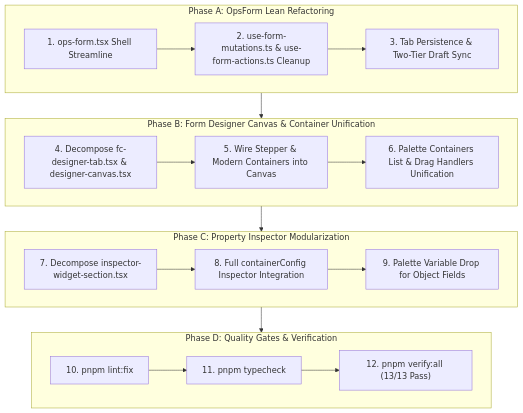
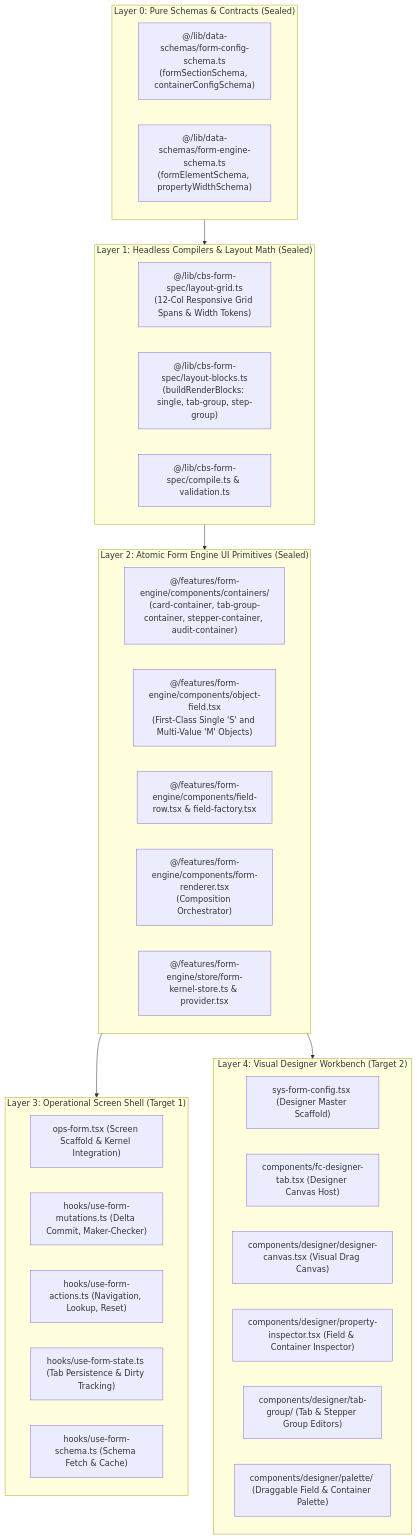
One commit to HadiuzzamanBappy/janata-cbs changed the first of 2 diagrams in docs/devs/FORM_CONFIG_AND_OPS_FORM_REFACTOR_PLAN.md. Above: the diagram before and after it, drawn with Mermaid. The commit also changed other lines of this file and 26 other files, not shown here.

Commit message:
chore(fc):refractored the form config an dops form to use unified cebtral library and engine

````diff
--- a/docs/devs/FORM_CONFIG_AND_OPS_FORM_REFACTOR_PLAN.md
+++ b/docs/devs/FORM_CONFIG_AND_OPS_FORM_REFACTOR_PLAN.md
@@ -61,26 +13,43 @@
 ```mermaid
 flowchart TD
-    subgraph PhaseA["Phase A: OpsForm Lean Refactoring"]
-        A1["1. ops-form.tsx Shell Streamline"] --> A2["2. use-form-mutations.ts & use-form-actions.ts Cleanup"]
-        A2 --> A3["3. Tab Persistence & Two-Tier Draft Sync"]
+    subgraph Layer0["Layer 0: Pure Schemas & Contracts (Sealed)"]
+        S1["@/lib/data-schemas/form-config-schema.ts\n(formSectionSchema, containerConfigSchema)"]
+        S2["@/lib/data-schemas/form-engine-schema.ts\n(formElementSchema, propertyWidthSchema)"]
     end
 
-    subgraph PhaseB["Phase B: Form Designer Canvas & Container Unification"]
-        B1["4. Decompose fc-designer-tab.tsx & designer-canvas.tsx"] --> B2["5. Wire Stepper & Modern Containers into Canvas"]
-        B2 --> B3["6. Palette Containers List & Drag Handlers Unification"]
+    subgraph Layer1["Layer 1: Headless Compilers & Layout Math (Sealed)"]
+        C1["@/lib/cbs-form-spec/layout-grid.ts\n(12-Col Responsive Grid Spans & Width Tokens)"]
+        C2["@/lib/cbs-form-spec/layout-blocks.ts\n(buildRenderBlocks: single, tab-group, step-group)"]
+        C3["@/lib/cbs-form-spec/compile.ts & validation.ts"]
     end
 
-    subgraph PhaseC["Phase C: Property Inspector Modularization"]
-        C1["7. Decompose inspector-widget-section.tsx"] --> C2["8. Full containerConfig Inspector Integration"]
-        C2 --> C3["9. Palette Variable Drop for Object Fields"]
+    subgraph Layer2["Layer 2: Atomic Form Engine UI Primitives (Sealed)"]
+        E1["@/features/form-engine/components/containers/\n(card-container, tab-group-container, stepper-container, audit-container)"]
+        E2["@/features/form-engine/components/object-field.tsx\n(First-Class Single 'S' and Multi-Value 'M' Objects)"]
+        E3["@/features/form-engine/components/field-row.tsx & field-factory.tsx"]
+        E4["@/features/form-engine/components/form-renderer.tsx\n(Composition Orchestrator)"]
+        E5["@/features/form-engine/store/form-kernel-store.ts & provider.tsx"]
     end
 
-    subgraph PhaseD["Phase D: Quality Gates & Verification"]
-        D1["10. pnpm lint:fix"] --> D2["11. pnpm typecheck"]
-        D2 --> D3["12. pnpm verify:all (13/13 Pass)"]
+    subgraph Layer3["Layer 3: Operational Screen Shell (Target 1)"]
+        O1["ops-form.tsx (Screen Scaffold & Kernel Integration)"]
+        O2["hooks/use-form-mutations.ts (Delta Commit, Maker-Checker)"]
+        O3["hooks/use-form-actions.ts (Navigation, Lookup, Reset)"]
+        O4["hooks/use-form-state.ts (Tab Persistence & Dirty Tracking)"]
+        O5["hooks/use-form-schema.ts (Schema Fetch & Cache)"]
     end
 
-    PhaseA --> PhaseB
-    PhaseB --> PhaseC
-    PhaseC --> PhaseD
+    subgraph Layer4["Layer 4: Visual Designer Workbench (Target 2)"]
+        D1["sys-form-config.tsx (Designer Master Scaffold)"]
+        D2["components/fc-designer-tab.tsx (Designer Canvas Host)"]
+        D3["components/designer/designer-canvas.tsx (Visual Drag Canvas)"]
+        D4["components/designer/property-inspector.tsx (Field & Container Inspector)"]
+        D5["components/designer/tab-group/ (Tab & Stepper Group Editors)"]
+        D6["components/designer/palette/ (Draggable Field & Container Palette)"]
+    end
+
+    Layer0 --> Layer1
+    Layer1 --> Layer2
+    Layer2 --> Layer3
+    Layer2 --> Layer4
 ```
````
